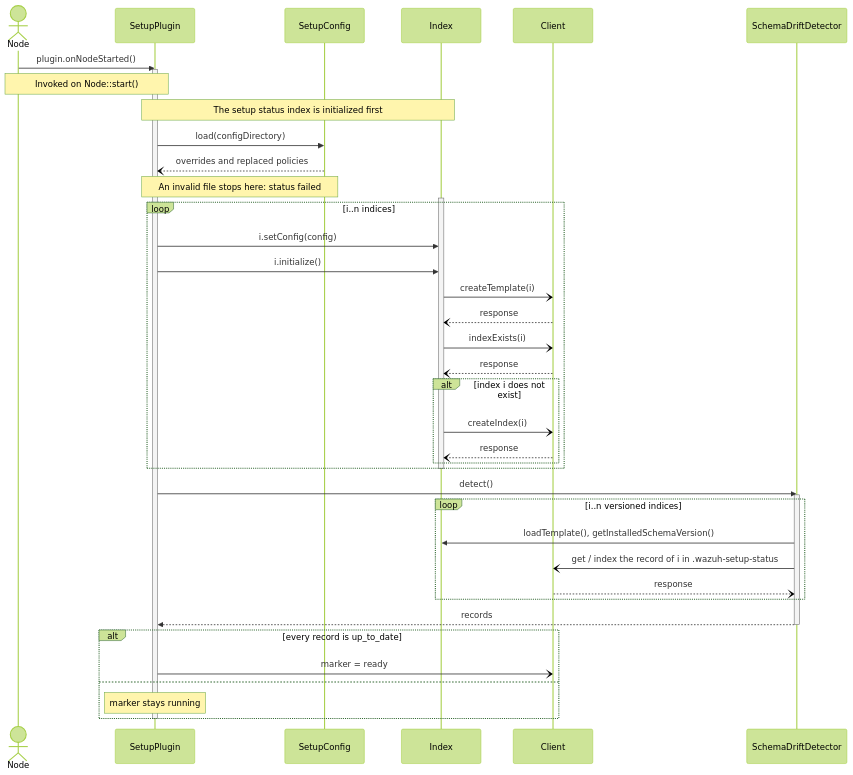
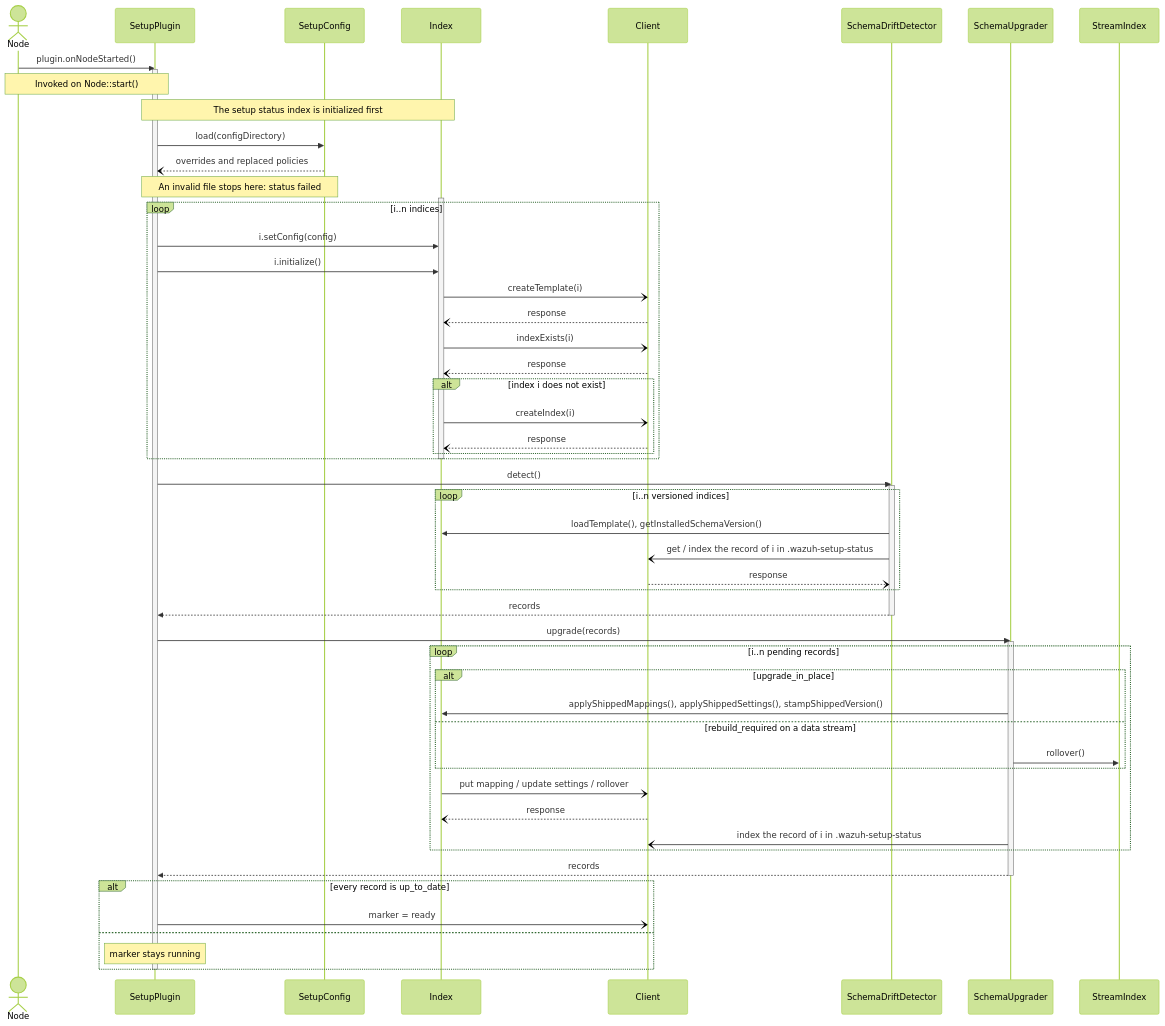
Before and after one commit to wazuh/wazuh-indexer-plugins: the second of 2 diagrams in docs/dev/plugins/setup.md, drawn with Mermaid (forest theme). The commit also changed other lines of this file and 9 other files, not shown here.

First line of the commit message:
Upgrade in place the indices at a compatible schema version

````diff
--- a/docs/dev/plugins/setup.md
+++ b/docs/dev/plugins/setup.md
@@ -107,52 +111,68 @@
 ```mermaid
 sequenceDiagram
     actor Node
     participant SetupPlugin
     participant SetupConfig
     participant Index
     participant Client
     Node->>SetupPlugin: plugin.onNodeStarted()
     activate SetupPlugin
     Note over Node,SetupPlugin: Invoked on Node::start()
 
     Note over SetupPlugin,Index: The setup status index is initialized first
     SetupPlugin->>SetupConfig: load(configDirectory)
     SetupConfig--)SetupPlugin: overrides and replaced policies
     Note over SetupPlugin,SetupConfig: An invalid file stops here: status failed
 
     activate Index
     loop i..n indices
         SetupPlugin->>Index: i.setConfig(config)
         SetupPlugin->>Index: i.initialize()
 
 
         Index-)Client: createTemplate(i)
         Client--)Index: response
 
         Index-)Client: indexExists(i)
         Client--)Index: response
         alt index i does not exist
             Index-)Client: createIndex(i)
             Client--)Index: response
         end
     end
 
     deactivate Index
 
     participant SchemaDriftDetector
     SetupPlugin->>SchemaDriftDetector: detect()
     activate SchemaDriftDetector
     loop i..n versioned indices
         SchemaDriftDetector->>Index: loadTemplate(), getInstalledSchemaVersion()
         SchemaDriftDetector-)Client: get / index the record of i in .wazuh-setup-status
         Client--)SchemaDriftDetector: response
     end
     SchemaDriftDetector-->>SetupPlugin: records
     deactivate SchemaDriftDetector
+
+    participant SchemaUpgrader
+    SetupPlugin->>SchemaUpgrader: upgrade(records)
+    activate SchemaUpgrader
+    loop i..n pending records
+        alt upgrade_in_place
+            SchemaUpgrader->>Index: applyShippedMappings(), applyShippedSettings(), stampShippedVersion()
+        else rebuild_required on a data stream
+            SchemaUpgrader->>StreamIndex: rollover()
+        end
+        Index-)Client: put mapping / update settings / rollover
+        Client--)Index: response
+        SchemaUpgrader-)Client: index the record of i in .wazuh-setup-status
+    end
+    SchemaUpgrader-->>SetupPlugin: records
+    deactivate SchemaUpgrader
     alt every record is up_to_date
         SetupPlugin-)Client: marker = ready
     else
         Note over SetupPlugin: marker stays running
     end
     deactivate SetupPlugin
 ```
````
